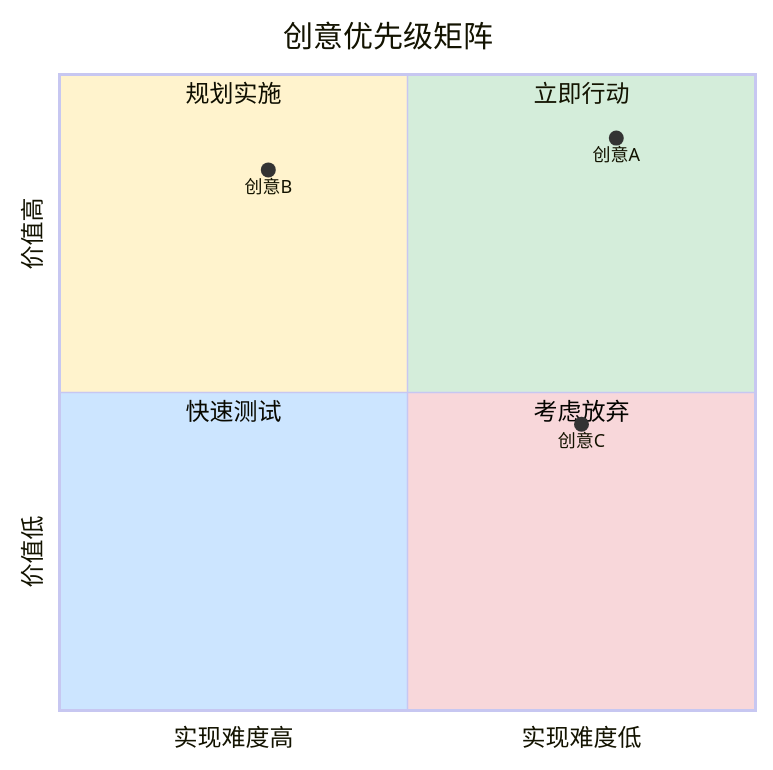
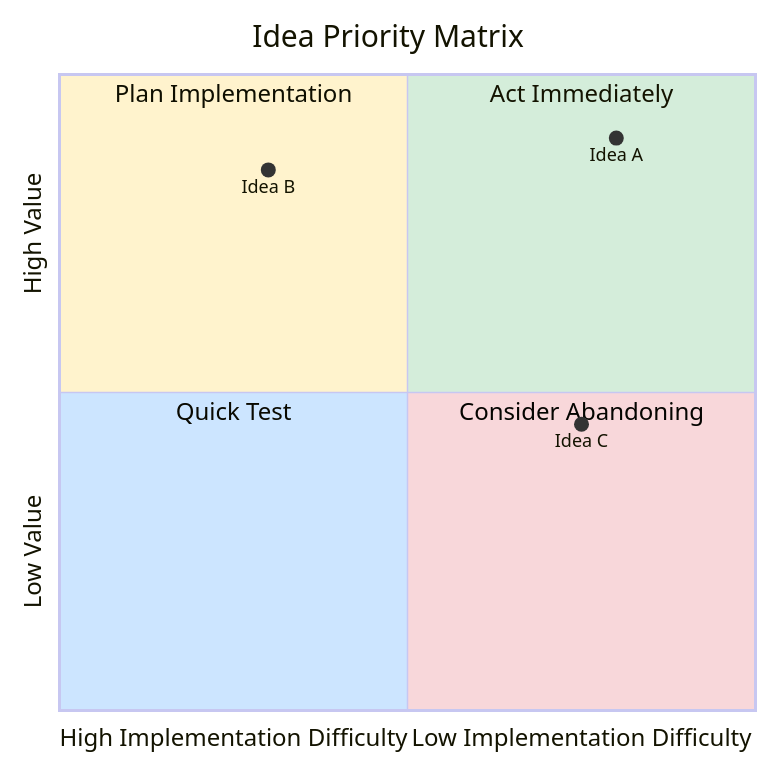
The fifth of 10 diagrams in plugins/brainstorm/skills/idea-evaluator/references/mermaid-templates.md (zengwenliang416/my-plugins), drawn with Mermaid before and after one commit. The commit also changed other lines of this file and 3 other files, not shown here.

````diff
--- a/plugins/brainstorm/skills/idea-evaluator/references/mermaid-templates.md
+++ b/plugins/brainstorm/skills/idea-evaluator/references/mermaid-templates.md
@@ -88,14 +88,14 @@
 ```mermaid
 %%{init: {"themeVariables": {"quadrant1Fill": "#d4edda", "quadrant2Fill": "#fff3cd", "quadrant3Fill": "#cce5ff", "quadrant4Fill": "#f8d7da"}}}%%
 quadrantChart
-    title 创意优先级矩阵
-    x-axis 实现难度高 --> 实现难度低
-    y-axis 价值低 --> 价值高
-    quadrant-1 立即行动
-    quadrant-2 规划实施
-    quadrant-3 快速测试
-    quadrant-4 考虑放弃
-    创意A: [0.8, 0.9]
-    创意B: [0.3, 0.85]
-    创意C: [0.75, 0.45]
+    title Idea Priority Matrix
+    x-axis High Implementation Difficulty --> Low Implementation Difficulty
+    y-axis Low Value --> High Value
+    quadrant-1 Act Immediately
+    quadrant-2 Plan Implementation
+    quadrant-3 Quick Test
+    quadrant-4 Consider Abandoning
+    Idea A: [0.8, 0.9]
+    Idea B: [0.3, 0.85]
+    Idea C: [0.75, 0.45]
 ```
````
